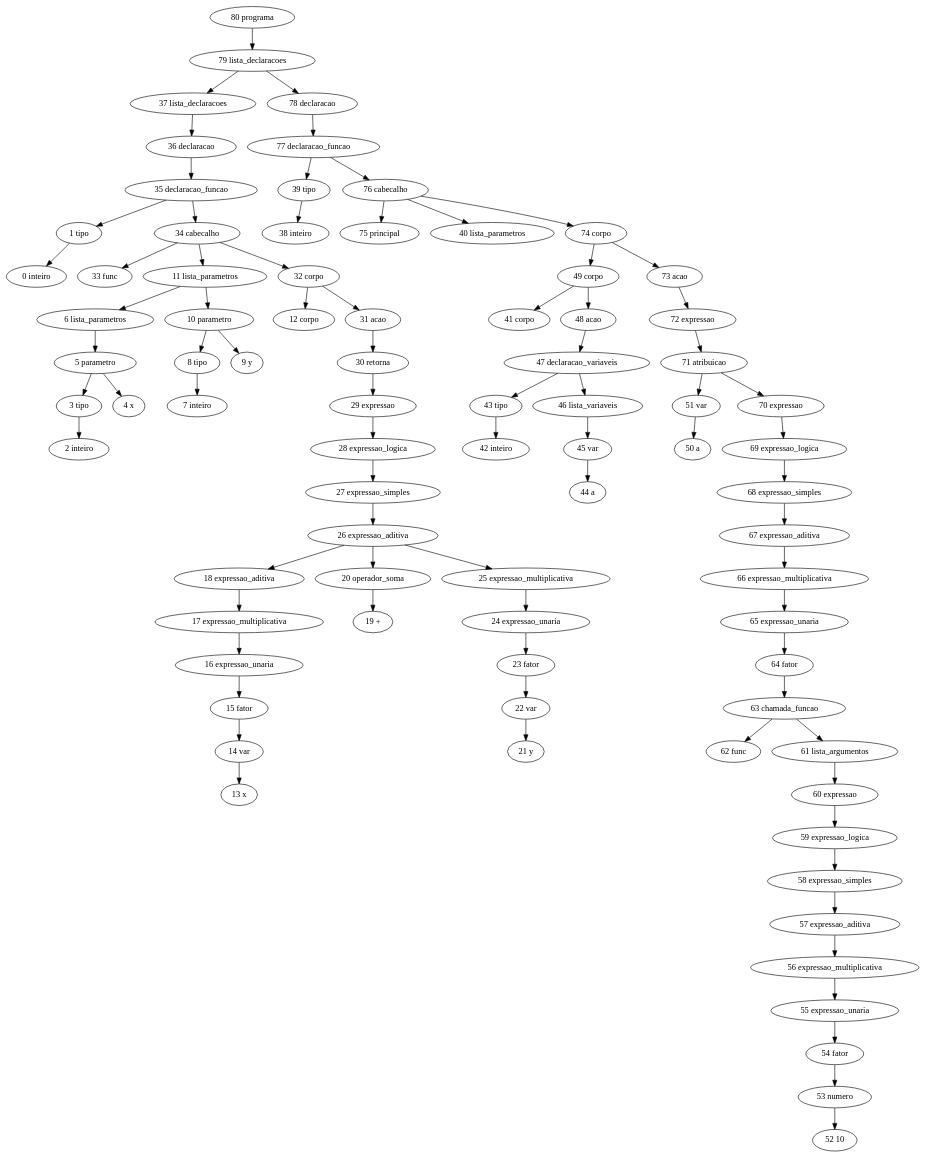
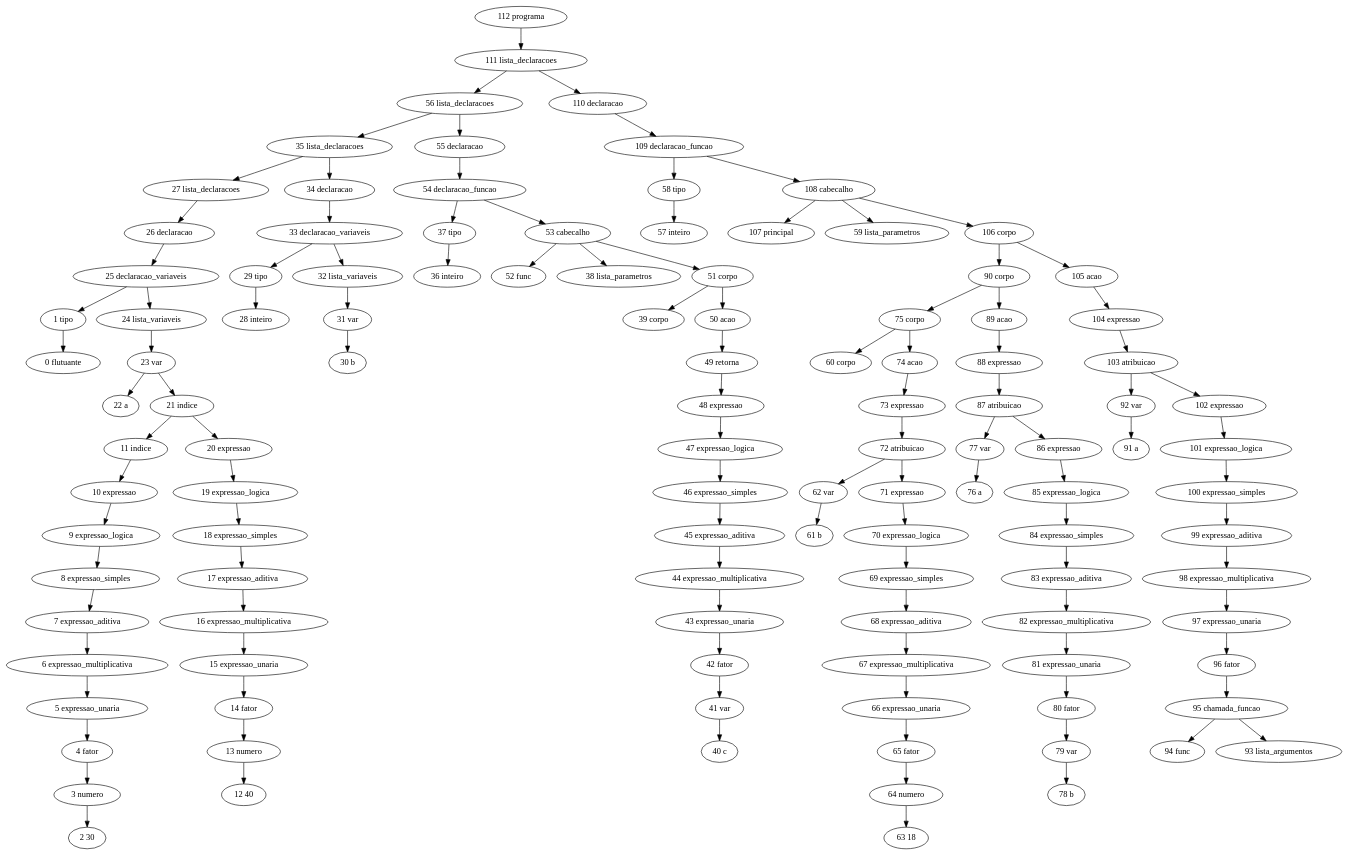
The diagram in BCC__BCC36B__P2__Jorge_1511424/implementacao/Digraph.gv (franzon/compilers), drawn with Graphviz before and after one commit. The commit also changed 5 other files, not shown here.

```diff
--- a/BCC__BCC36B__P2__Jorge_1511424/implementacao/Digraph.gv
+++ b/BCC__BCC36B__P2__Jorge_1511424/implementacao/Digraph.gv
@@ -1,164 +1,228 @@
 // Análise sintática
 digraph {
-	"80 programa"
-	"79 lista_declaracoes"
-	"80 programa" -> "79 lista_declaracoes"
-	"37 lista_declaracoes"
-	"79 lista_declaracoes" -> "37 lista_declaracoes"
-	"36 declaracao"
-	"37 lista_declaracoes" -> "36 declaracao"
-	"35 declaracao_funcao"
-	"36 declaracao" -> "35 declaracao_funcao"
+	"112 programa"
+	"111 lista_declaracoes"
+	"112 programa" -> "111 lista_declaracoes"
+	"56 lista_declaracoes"
+	"111 lista_declaracoes" -> "56 lista_declaracoes"
+	"35 lista_declaracoes"
+	"56 lista_declaracoes" -> "35 lista_declaracoes"
+	"27 lista_declaracoes"
+	"35 lista_declaracoes" -> "27 lista_declaracoes"
+	"26 declaracao"
+	"27 lista_declaracoes" -> "26 declaracao"
+	"25 declaracao_variaveis"
+	"26 declaracao" -> "25 declaracao_variaveis"
 	"1 tipo"
-	"35 declaracao_funcao" -> "1 tipo"
-	"0 inteiro"
-	"1 tipo" -> "0 inteiro"
-	"34 cabecalho"
-	"35 declaracao_funcao" -> "34 cabecalho"
-	"33 func"
-	"34 cabecalho" -> "33 func"
-	"11 lista_parametros"
-	"34 cabecalho" -> "11 lista_parametros"
-	"6 lista_parametros"
-	"11 lista_parametros" -> "6 lista_parametros"
-	"5 parametro"
-	"6 lista_parametros" -> "5 parametro"
-	"3 tipo"
-	"5 parametro" -> "3 tipo"
-	"2 inteiro"
-	"3 tipo" -> "2 inteiro"
-	"4 x"
-	"5 parametro" -> "4 x"
-	"10 parametro"
-	"11 lista_parametros" -> "10 parametro"
-	"8 tipo"
-	"10 parametro" -> "8 tipo"
-	"7 inteiro"
-	"8 tipo" -> "7 inteiro"
-	"9 y"
-	"10 parametro" -> "9 y"
-	"32 corpo"
-	"34 cabecalho" -> "32 corpo"
-	"12 corpo"
-	"32 corpo" -> "12 corpo"
-	"31 acao"
-	"32 corpo" -> "31 acao"
-	"30 retorna"
-	"31 acao" -> "30 retorna"
-	"29 expressao"
-	"30 retorna" -> "29 expressao"
-	"28 expressao_logica"
-	"29 expressao" -> "28 expressao_logica"
-	"27 expressao_simples"
-	"28 expressao_logica" -> "27 expressao_simples"
-	"26 expressao_aditiva"
-	"27 expressao_simples" -> "26 expressao_aditiva"
-	"18 expressao_aditiva"
-	"26 expressao_aditiva" -> "18 expressao_aditiva"
-	"17 expressao_multiplicativa"
-	"18 expressao_aditiva" -> "17 expressao_multiplicativa"
-	"16 expressao_unaria"
-	"17 expressao_multiplicativa" -> "16 expressao_unaria"
-	"15 fator"
-	"16 expressao_unaria" -> "15 fator"
-	"14 var"
-	"15 fator" -> "14 var"
-	"13 x"
-	"14 var" -> "13 x"
-	"20 operador_soma"
-	"26 expressao_aditiva" -> "20 operador_soma"
-	"19 +"
-	"20 operador_soma" -> "19 +"
-	"25 expressao_multiplicativa"
-	"26 expressao_aditiva" -> "25 expressao_multiplicativa"
-	"24 expressao_unaria"
-	"25 expressao_multiplicativa" -> "24 expressao_unaria"
-	"23 fator"
-	"24 expressao_unaria" -> "23 fator"
-	"22 var"
-	"23 fator" -> "22 var"
-	"21 y"
-	"22 var" -> "21 y"
-	"78 declaracao"
-	"79 lista_declaracoes" -> "78 declaracao"
-	"77 declaracao_funcao"
-	"78 declaracao" -> "77 declaracao_funcao"
-	"39 tipo"
-	"77 declaracao_funcao" -> "39 tipo"
-	"38 inteiro"
-	"39 tipo" -> "38 inteiro"
-	"76 cabecalho"
-	"77 declaracao_funcao" -> "76 cabecalho"
-	"75 principal"
-	"76 cabecalho" -> "75 principal"
-	"40 lista_parametros"
-	"76 cabecalho" -> "40 lista_parametros"
-	"74 corpo"
-	"76 cabecalho" -> "74 corpo"
-	"49 corpo"
-	"74 corpo" -> "49 corpo"
-	"41 corpo"
-	"49 corpo" -> "41 corpo"
-	"48 acao"
-	"49 corpo" -> "48 acao"
-	"47 declaracao_variaveis"
-	"48 acao" -> "47 declaracao_variaveis"
-	"43 tipo"
-	"47 declaracao_variaveis" -> "43 tipo"
-	"42 inteiro"
-	"43 tipo" -> "42 inteiro"
-	"46 lista_variaveis"
-	"47 declaracao_variaveis" -> "46 lista_variaveis"
-	"45 var"
-	"46 lista_variaveis" -> "45 var"
-	"44 a"
-	"45 var" -> "44 a"
-	"73 acao"
-	"74 corpo" -> "73 acao"
-	"72 expressao"
-	"73 acao" -> "72 expressao"
-	"71 atribuicao"
-	"72 expressao" -> "71 atribuicao"
-	"51 var"
-	"71 atribuicao" -> "51 var"
-	"50 a"
-	"51 var" -> "50 a"
-	"70 expressao"
-	"71 atribuicao" -> "70 expressao"
-	"69 expressao_logica"
-	"70 expressao" -> "69 expressao_logica"
-	"68 expressao_simples"
-	"69 expressao_logica" -> "68 expressao_simples"
-	"67 expressao_aditiva"
-	"68 expressao_simples" -> "67 expressao_aditiva"
-	"66 expressao_multiplicativa"
-	"67 expressao_aditiva" -> "66 expressao_multiplicativa"
-	"65 expressao_unaria"
-	"66 expressao_multiplicativa" -> "65 expressao_unaria"
-	"64 fator"
-	"65 expressao_unaria" -> "64 fator"
-	"63 chamada_funcao"
-	"64 fator" -> "63 chamada_funcao"
-	"62 func"
-	"63 chamada_funcao" -> "62 func"
-	"61 lista_argumentos"
-	"63 chamada_funcao" -> "61 lista_argumentos"
-	"60 expressao"
-	"61 lista_argumentos" -> "60 expressao"
-	"59 expressao_logica"
-	"60 expressao" -> "59 expressao_logica"
-	"58 expressao_simples"
-	"59 expressao_logica" -> "58 expressao_simples"
-	"57 expressao_aditiva"
-	"58 expressao_simples" -> "57 expressao_aditiva"
-	"56 expressao_multiplicativa"
-	"57 expressao_aditiva" -> "56 expressao_multiplicativa"
-	"55 expressao_unaria"
-	"56 expressao_multiplicativa" -> "55 expressao_unaria"
-	"54 fator"
-	"55 expressao_unaria" -> "54 fator"
-	"53 numero"
-	"54 fator" -> "53 numero"
-	"52 10"
-	"53 numero" -> "52 10"
+	"25 declaracao_variaveis" -> "1 tipo"
+	"0 flutuante"
+	"1 tipo" -> "0 flutuante"
+	"24 lista_variaveis"
+	"25 declaracao_variaveis" -> "24 lista_variaveis"
+	"23 var"
+	"24 lista_variaveis" -> "23 var"
+	"22 a"
+	"23 var" -> "22 a"
+	"21 indice"
+	"23 var" -> "21 indice"
+	"11 indice"
+	"21 indice" -> "11 indice"
+	"10 expressao"
+	"11 indice" -> "10 expressao"
+	"9 expressao_logica"
+	"10 expressao" -> "9 expressao_logica"
+	"8 expressao_simples"
+	"9 expressao_logica" -> "8 expressao_simples"
+	"7 expressao_aditiva"
+	"8 expressao_simples" -> "7 expressao_aditiva"
+	"6 expressao_multiplicativa"
+	"7 expressao_aditiva" -> "6 expressao_multiplicativa"
+	"5 expressao_unaria"
+	"6 expressao_multiplicativa" -> "5 expressao_unaria"
+	"4 fator"
+	"5 expressao_unaria" -> "4 fator"
+	"3 numero"
+	"4 fator" -> "3 numero"
+	"2 30"
+	"3 numero" -> "2 30"
+	"20 expressao"
+	"21 indice" -> "20 expressao"
+	"19 expressao_logica"
+	"20 expressao" -> "19 expressao_logica"
+	"18 expressao_simples"
+	"19 expressao_logica" -> "18 expressao_simples"
+	"17 expressao_aditiva"
+	"18 expressao_simples" -> "17 expressao_aditiva"
+	"16 expressao_multiplicativa"
+	"17 expressao_aditiva" -> "16 expressao_multiplicativa"
+	"15 expressao_unaria"
+	"16 expressao_multiplicativa" -> "15 expressao_unaria"
+	"14 fator"
+	"15 expressao_unaria" -> "14 fator"
+	"13 numero"
+	"14 fator" -> "13 numero"
+	"12 40"
+	"13 numero" -> "12 40"
+	"34 declaracao"
+	"35 lista_declaracoes" -> "34 declaracao"
+	"33 declaracao_variaveis"
+	"34 declaracao" -> "33 declaracao_variaveis"
+	"29 tipo"
+	"33 declaracao_variaveis" -> "29 tipo"
+	"28 inteiro"
+	"29 tipo" -> "28 inteiro"
+	"32 lista_variaveis"
+	"33 declaracao_variaveis" -> "32 lista_variaveis"
+	"31 var"
+	"32 lista_variaveis" -> "31 var"
+	"30 b"
+	"31 var" -> "30 b"
+	"55 declaracao"
+	"56 lista_declaracoes" -> "55 declaracao"
+	"54 declaracao_funcao"
+	"55 declaracao" -> "54 declaracao_funcao"
+	"37 tipo"
+	"54 declaracao_funcao" -> "37 tipo"
+	"36 inteiro"
+	"37 tipo" -> "36 inteiro"
+	"53 cabecalho"
+	"54 declaracao_funcao" -> "53 cabecalho"
+	"52 func"
+	"53 cabecalho" -> "52 func"
+	"38 lista_parametros"
+	"53 cabecalho" -> "38 lista_parametros"
+	"51 corpo"
+	"53 cabecalho" -> "51 corpo"
+	"39 corpo"
+	"51 corpo" -> "39 corpo"
+	"50 acao"
+	"51 corpo" -> "50 acao"
+	"49 retorna"
+	"50 acao" -> "49 retorna"
+	"48 expressao"
+	"49 retorna" -> "48 expressao"
+	"47 expressao_logica"
+	"48 expressao" -> "47 expressao_logica"
+	"46 expressao_simples"
+	"47 expressao_logica" -> "46 expressao_simples"
+	"45 expressao_aditiva"
+	"46 expressao_simples" -> "45 expressao_aditiva"
+	"44 expressao_multiplicativa"
+	"45 expressao_aditiva" -> "44 expressao_multiplicativa"
+	"43 expressao_unaria"
+	"44 expressao_multiplicativa" -> "43 expressao_unaria"
+	"42 fator"
+	"43 expressao_unaria" -> "42 fator"
+	"41 var"
+	"42 fator" -> "41 var"
+	"40 c"
+	"41 var" -> "40 c"
+	"110 declaracao"
+	"111 lista_declaracoes" -> "110 declaracao"
+	"109 declaracao_funcao"
+	"110 declaracao" -> "109 declaracao_funcao"
+	"58 tipo"
+	"109 declaracao_funcao" -> "58 tipo"
+	"57 inteiro"
+	"58 tipo" -> "57 inteiro"
+	"108 cabecalho"
+	"109 declaracao_funcao" -> "108 cabecalho"
+	"107 principal"
+	"108 cabecalho" -> "107 principal"
+	"59 lista_parametros"
+	"108 cabecalho" -> "59 lista_parametros"
+	"106 corpo"
+	"108 cabecalho" -> "106 corpo"
+	"90 corpo"
+	"106 corpo" -> "90 corpo"
+	"75 corpo"
+	"90 corpo" -> "75 corpo"
+	"60 corpo"
+	"75 corpo" -> "60 corpo"
+	"74 acao"
+	"75 corpo" -> "74 acao"
+	"73 expressao"
+	"74 acao" -> "73 expressao"
+	"72 atribuicao"
+	"73 expressao" -> "72 atribuicao"
+	"62 var"
+	"72 atribuicao" -> "62 var"
+	"61 b"
+	"62 var" -> "61 b"
+	"71 expressao"
+	"72 atribuicao" -> "71 expressao"
+	"70 expressao_logica"
+	"71 expressao" -> "70 expressao_logica"
+	"69 expressao_simples"
+	"70 expressao_logica" -> "69 expressao_simples"
+	"68 expressao_aditiva"
+	"69 expressao_simples" -> "68 expressao_aditiva"
+	"67 expressao_multiplicativa"
+	"68 expressao_aditiva" -> "67 expressao_multiplicativa"
+	"66 expressao_unaria"
+	"67 expressao_multiplicativa" -> "66 expressao_unaria"
+	"65 fator"
+	"66 expressao_unaria" -> "65 fator"
+	"64 numero"
+	"65 fator" -> "64 numero"
+	"63 18"
+	"64 numero" -> "63 18"
+	"89 acao"
+	"90 corpo" -> "89 acao"
+	"88 expressao"
+	"89 acao" -> "88 expressao"
+	"87 atribuicao"
+	"88 expressao" -> "87 atribuicao"
+	"77 var"
+	"87 atribuicao" -> "77 var"
+	"76 a"
+	"77 var" -> "76 a"
+	"86 expressao"
+	"87 atribuicao" -> "86 expressao"
+	"85 expressao_logica"
+	"86 expressao" -> "85 expressao_logica"
+	"84 expressao_simples"
+	"85 expressao_logica" -> "84 expressao_simples"
+	"83 expressao_aditiva"
+	"84 expressao_simples" -> "83 expressao_aditiva"
+	"82 expressao_multiplicativa"
+	"83 expressao_aditiva" -> "82 expressao_multiplicativa"
+	"81 expressao_unaria"
+	"82 expressao_multiplicativa" -> "81 expressao_unaria"
+	"80 fator"
+	"81 expressao_unaria" -> "80 fator"
+	"79 var"
+	"80 fator" -> "79 var"
+	"78 b"
+	"79 var" -> "78 b"
+	"105 acao"
+	"106 corpo" -> "105 acao"
+	"104 expressao"
+	"105 acao" -> "104 expressao"
+	"103 atribuicao"
+	"104 expressao" -> "103 atribuicao"
+	"92 var"
+	"103 atribuicao" -> "92 var"
+	"91 a"
+	"92 var" -> "91 a"
+	"102 expressao"
+	"103 atribuicao" -> "102 expressao"
+	"101 expressao_logica"
+	"102 expressao" -> "101 expressao_logica"
+	"100 expressao_simples"
+	"101 expressao_logica" -> "100 expressao_simples"
+	"99 expressao_aditiva"
+	"100 expressao_simples" -> "99 expressao_aditiva"
+	"98 expressao_multiplicativa"
+	"99 expressao_aditiva" -> "98 expressao_multiplicativa"
+	"97 expressao_unaria"
+	"98 expressao_multiplicativa" -> "97 expressao_unaria"
+	"96 fator"
+	"97 expressao_unaria" -> "96 fator"
+	"95 chamada_funcao"
+	"96 fator" -> "95 chamada_funcao"
+	"94 func"
+	"95 chamada_funcao" -> "94 func"
+	"93 lista_argumentos"
+	"95 chamada_funcao" -> "93 lista_argumentos"
 }
```
